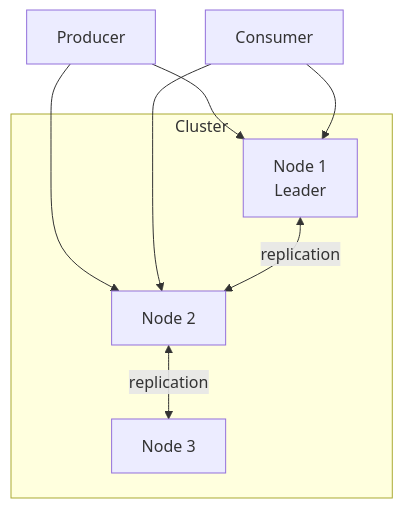
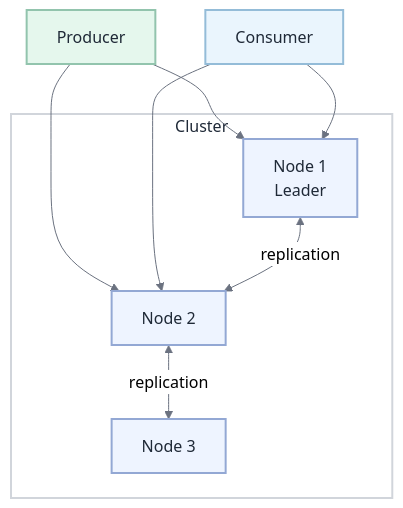
Before and after one commit to MishaSytch/middle_java_back: the third of 5 diagrams in docs/interview/rabbitmq.md, drawn with Mermaid. The commit also changed other lines of this file and 15 other files, not shown here.

````diff
--- a/docs/interview/rabbitmq.md
+++ b/docs/interview/rabbitmq.md
@@ -455,14 +477,26 @@
 ```mermaid
+%%{init: { 'theme': 'neutral', 'themeVariables': { 'primaryColor': '#ffffff', 'primaryTextColor': '#1f2937', 'lineColor': '#6b7280', 'primaryBorderColor': '#d1d5db', 'secondaryColor': '#f3f4f6', 'tertiaryColor': '#e5e7eb' } } }%%
 flowchart TD
     subgraph Cluster
         N1[Node 1<br/>Leader]
         N2[Node 2]
         N3[Node 3]
     end
     P[Producer] --> N1
     P --> N2
     C[Consumer] --> N1
     C --> N2
     N1 <-->|replication| N2
     N2 <-->|replication| N3
+    classDef n0 fill:#eef4ff,stroke:#93a8d4,stroke-width:2px,color:#1f2937
+    classDef n1 fill:#e5f7ed,stroke:#92c4ad,stroke-width:2px,color:#1f2937
+    classDef n2 fill:#eaf5fd,stroke:#94bcd8,stroke-width:2px,color:#1f2937
+    classDef n3 fill:#fdeef0,stroke:#d49a9c,stroke-width:2px,color:#1f2937
+    classDef n4 fill:#ffffff,stroke:#d1d5db,stroke-width:2px,color:#1f2937
+    class N1 n0
+    class N2 n0
+    class N3 n0
+    class P n1
+    class C n2
+    class Cluster n4
 ```
````
